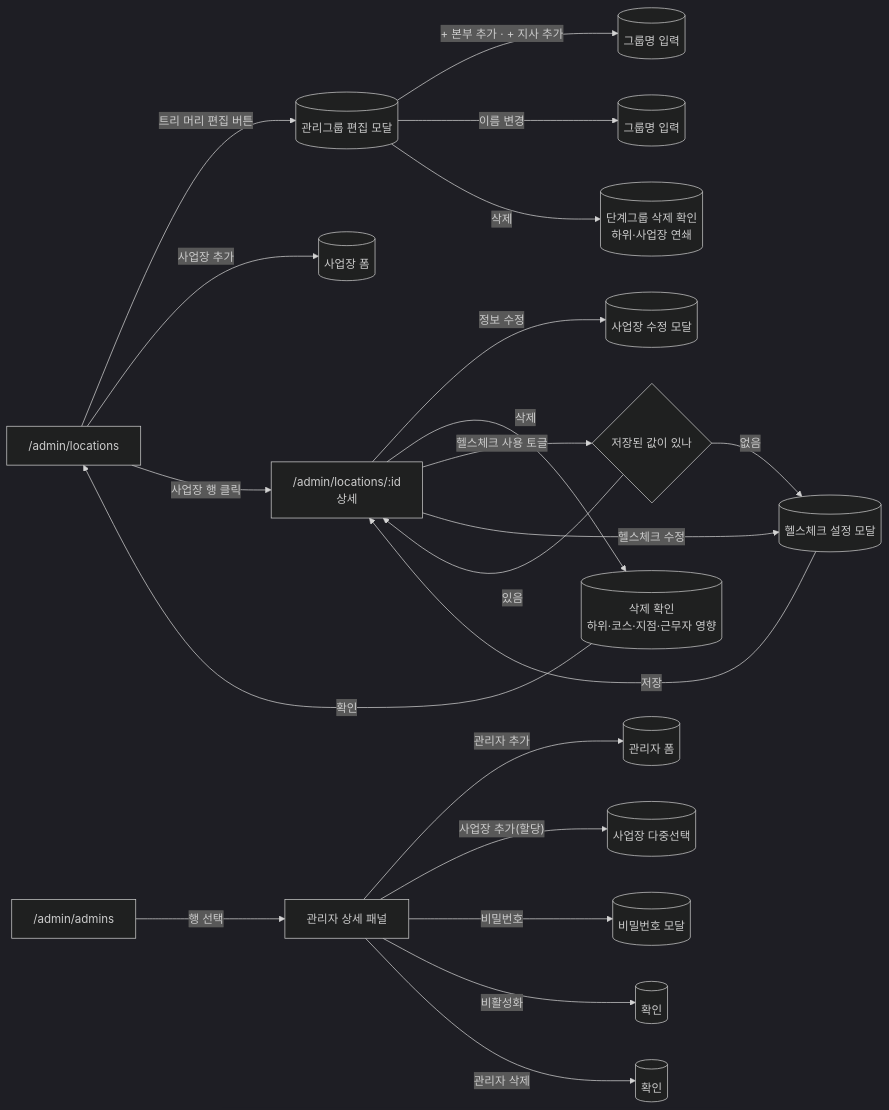
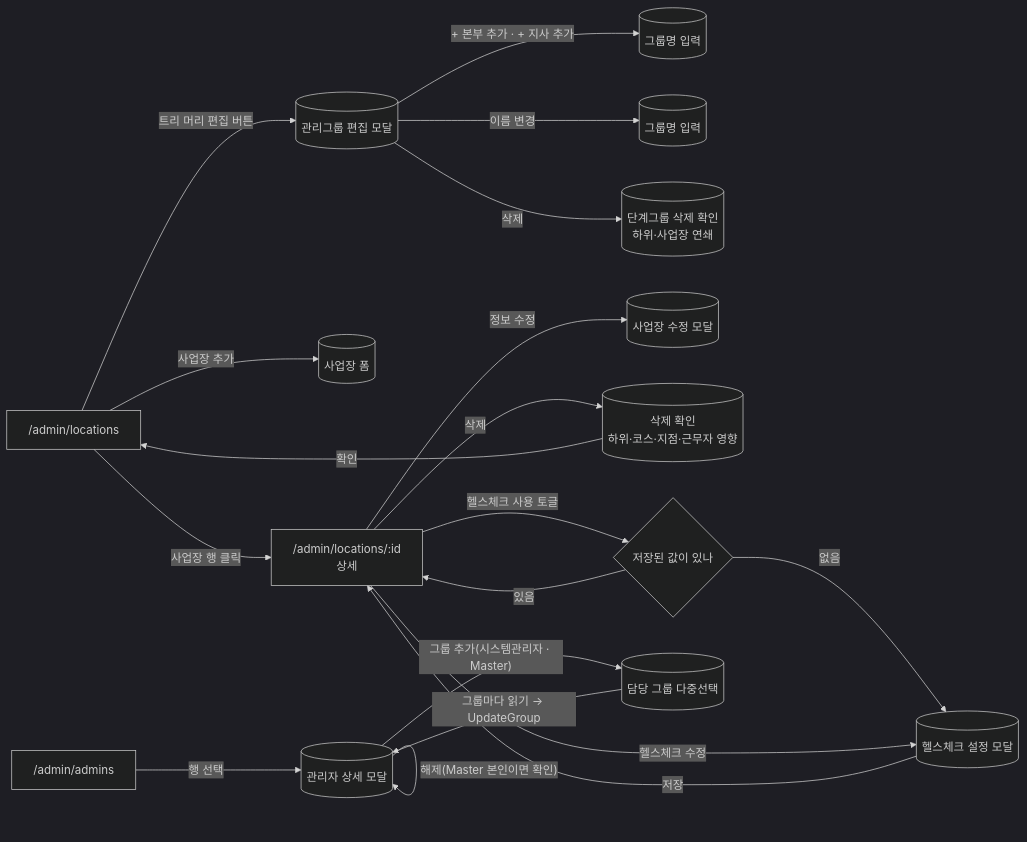
The tenth of 15 diagrams in docs/flow.md (S-Tec-System-R-D/s-patrol_fe), drawn with Mermaid before and after one commit. The commit also changed other lines of this file and 3 other files, not shown here.

Commit message:
docs : spec 045 — 문서 동기화(screens · flow · data-model · roadmap) · DoD 15/15 · 이월 · Phase 5 조건부 종료 (T836~T839)

````diff
--- a/docs/flow.md
+++ b/docs/flow.md
@@ -285,28 +285,26 @@
 ```mermaid
 %%{init: {'theme':'dark'}}%%
 flowchart LR
     LL["/admin/locations"] -- "트리 머리 편집 버튼" --> GEditM[(관리그룹 편집 모달)]
     GEditM -- "+ 본부 추가 · + 지사 추가" --> GAdd[(그룹명 입력)]
     GEditM -- "이름 변경" --> GEdit[(그룹명 입력)]
     GEditM -- "삭제" --> GDel[("단계그룹 삭제 확인<br/>하위·사업장 연쇄")]
 
     LL -- "사업장 추가" --> SAdd[(사업장 폼)]
     LL -- 사업장 행 클릭 --> LD["/admin/locations/:id<br/>상세"]
 
     LD -- "정보 수정" --> SEdit[(사업장 수정 모달)]
     LD -- "삭제" --> SDel[("삭제 확인<br/>하위·코스·지점·근무자 영향")]
     SDel -- 확인 --> LL
 
     LD -- "헬스체크 사용 토글" --> LH{"저장된 값이 있나"}
     LH -- 있음 --> LD
     LH -- "없음" --> HForm[(헬스체크 설정 모달)]
     LD -- "헬스체크 수정" --> HForm
     HForm -- 저장 --> LD
 
-    AA["/admin/admins"] -- 행 선택 --> AD[관리자 상세 패널]
-    AD -- "관리자 추가" --> AForm[(관리자 폼)]
-    AD -- "사업장 추가(할당)" --> ASite[(사업장 다중선택)]
-    AD -- "비밀번호" --> APwd[(비밀번호 모달)]
-    AD -- "비활성화" --> Conf2[(확인)]
-    AD -- "관리자 삭제" --> Conf3[(확인)]
+    AA["/admin/admins"] -- 행 선택 --> AD[(관리자 상세 모달)]
+    AD -- "그룹 추가(시스템관리자 · Master)" --> AGroup[(담당 그룹 다중선택)]
+    AGroup -- "그룹마다 읽기 → UpdateGroup" --> AD
+    AD -- "해제(Master 본인이면 확인)" --> AD
 ```
````
